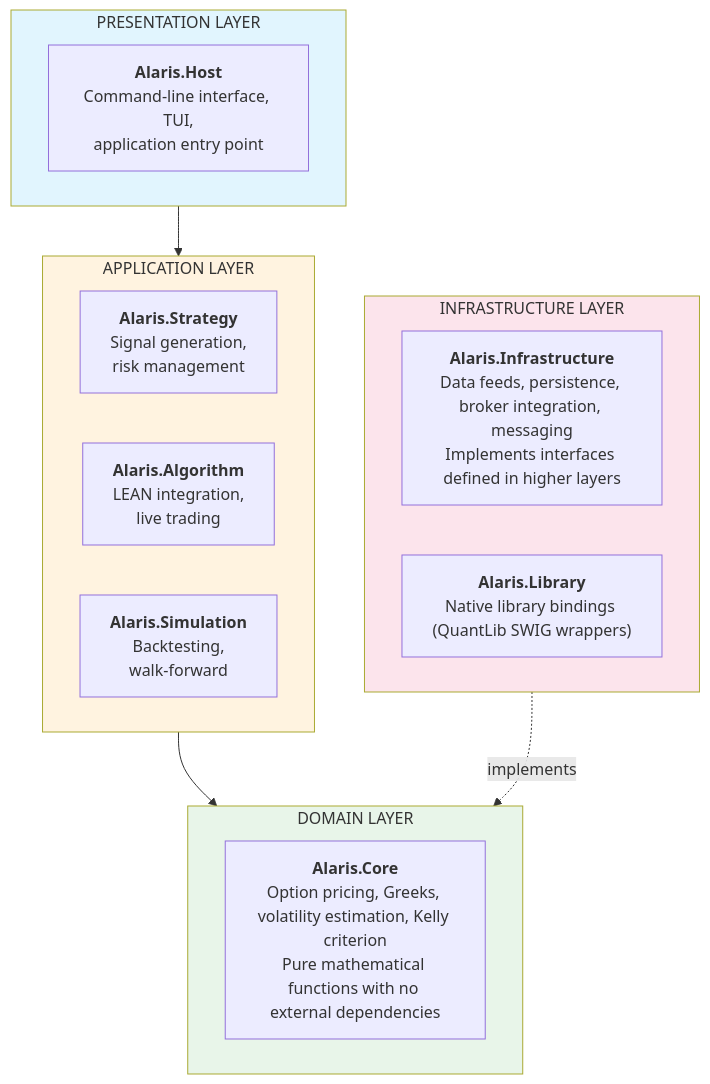
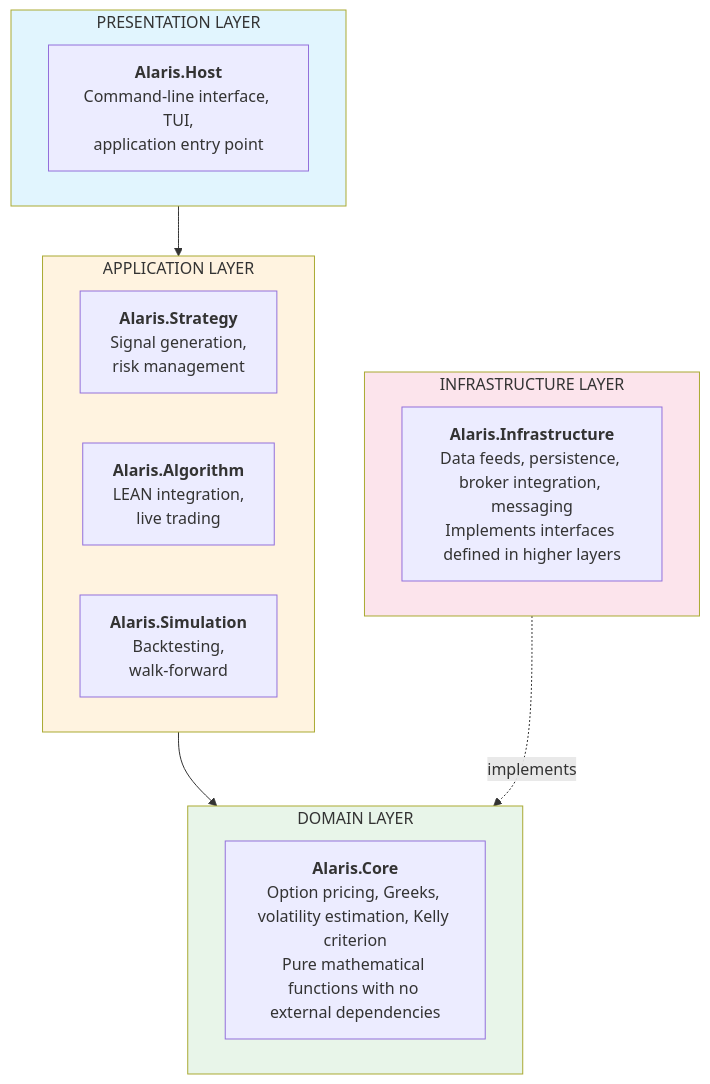
One commit to averagestudentdontfail/Alaris changed the first of 3 diagrams in docs/architecture.md. Above: the diagram before and after it, drawn with Mermaid. The commit also changed other lines of this file and 5 other files, not shown here.

Commit message:
Remove references to Alaris.Library and QuantLib from documentation and test project. This includes deleting the Assembly.cs file and updating related comments to reflect the absence of native library dependencies.

````diff
--- a/docs/architecture.md
+++ b/docs/architecture.md
@@ -30,30 +30,29 @@
 ```mermaid
 flowchart TB
     subgraph PRESENTATION["PRESENTATION LAYER"]
         Host["<b>Alaris.Host</b><br/>Command-line interface, TUI,<br/>application entry point"]
     end
 
     subgraph APPLICATION["APPLICATION LAYER"]
         Strategy["<b>Alaris.Strategy</b><br/>Signal generation,<br/>risk management"]
         Algorithm["<b>Alaris.Algorithm</b><br/>LEAN integration,<br/>live trading"]
         Simulation["<b>Alaris.Simulation</b><br/>Backtesting,<br/>walk-forward"]
     end
 
     subgraph DOMAIN["DOMAIN LAYER"]
         Core["<b>Alaris.Core</b><br/>Option pricing, Greeks, volatility estimation, Kelly criterion<br/>Pure mathematical functions with no external dependencies"]
     end
 
     subgraph INFRASTRUCTURE["INFRASTRUCTURE LAYER"]
         Infra["<b>Alaris.Infrastructure</b><br/>Data feeds, persistence, broker integration, messaging<br/>Implements interfaces defined in higher layers"]
-        Library["<b>Alaris.Library</b><br/>Native library bindings (QuantLib SWIG wrappers)"]
     end
 
     PRESENTATION --> APPLICATION
     APPLICATION --> DOMAIN
     INFRASTRUCTURE -.->|implements| DOMAIN
 
     style PRESENTATION fill:#e1f5fe
     style APPLICATION fill:#fff3e0
     style DOMAIN fill:#e8f5e9
     style INFRASTRUCTURE fill:#fce4ec
 ```
````
